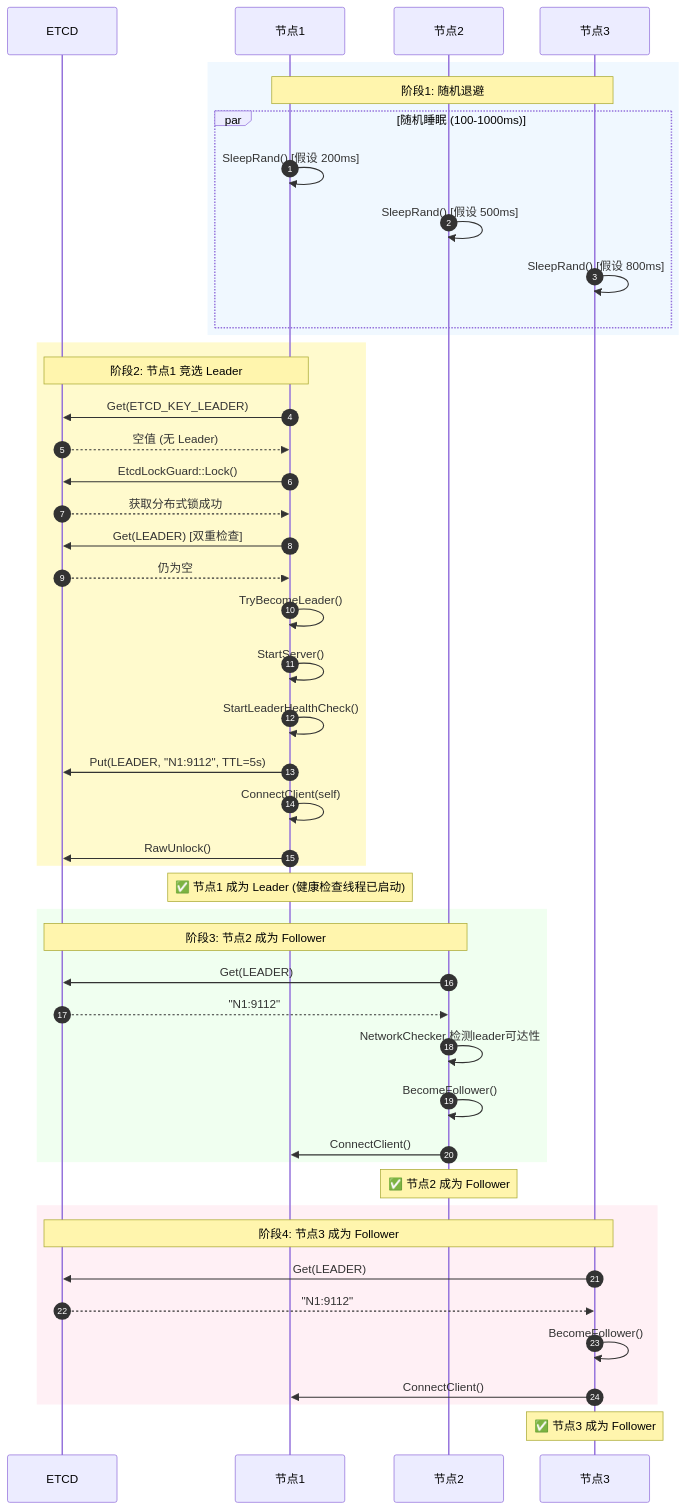
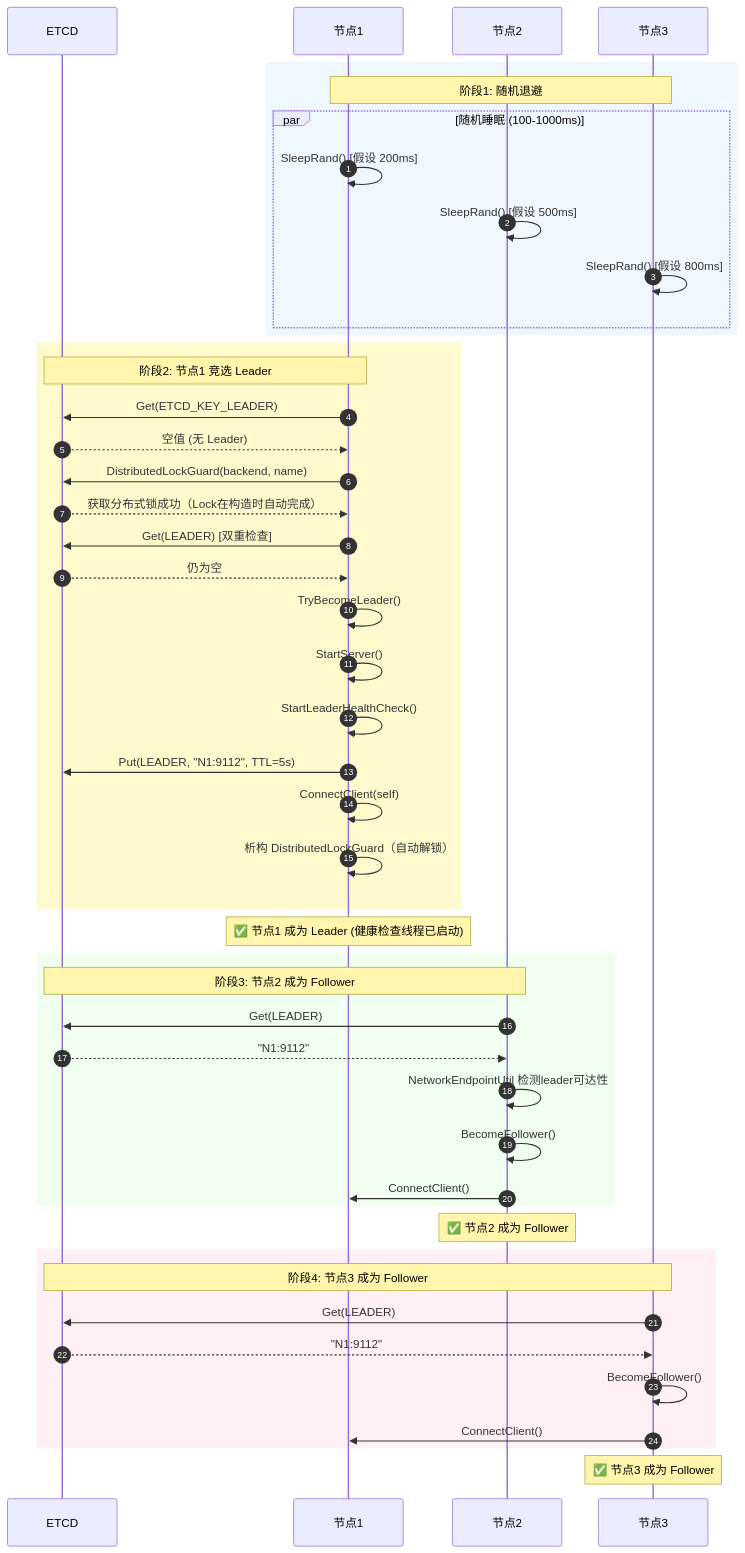
Before and after one commit to Ascend/memfabric_hybrid: the fifth of 9 diagrams in doc/config_store_cluster_ha.md, drawn with Mermaid. The commit also changed other lines of this file and 25 other files, not shown here.

````diff
--- a/doc/config_store_cluster_ha.md
+++ b/doc/config_store_cluster_ha.md
@@ -195,53 +195,53 @@
 ```mermaid
 sequenceDiagram
 autonumber
 participant ETCD as ETCD
 participant N1 as 节点1
 participant N2 as 节点2
 participant N3 as 节点3
 
 rect rgb(240, 248, 255)
 Note over N1,N3: 阶段1: 随机退避
 par 随机睡眠 (100-1000ms)
 N1->>N1: SleepRand() [假设 200ms]
 N2->>N2: SleepRand() [假设 500ms]
 N3->>N3: SleepRand() [假设 800ms]
 end
 end
 
 rect rgb(255, 250, 205)
 Note over N1,ETCD: 阶段2: 节点1 竞选 Leader
 N1->>ETCD: Get(ETCD_KEY_LEADER)
 ETCD-->>N1: 空值 (无 Leader)
-N1->>ETCD: EtcdLockGuard::Lock()
-ETCD-->>N1: 获取分布式锁成功
+N1->>ETCD: DistributedLockGuard(backend, name)
+ETCD-->>N1: 获取分布式锁成功（Lock在构造时自动完成）
 N1->>ETCD: Get(LEADER) [双重检查]
 ETCD-->>N1: 仍为空
 N1->>N1: TryBecomeLeader()
 N1->>N1: StartServer()
 N1->>N1: StartLeaderHealthCheck()
 N1->>ETCD: Put(LEADER, "N1:9112", TTL=5s)
 N1->>N1: ConnectClient(self)
-N1->>ETCD: RawUnlock()
+N1->>N1: 析构 DistributedLockGuard（自动解锁）
 end
 Note over N1: ✅ 节点1 成为 Leader (健康检查线程已启动)
 
 rect rgb(240, 255, 240)
 Note over N2,ETCD: 阶段3: 节点2 成为 Follower
 N2->>ETCD: Get(LEADER)
 ETCD-->>N2: "N1:9112"
-N2->>N2: NetworkChecker 检测leader可达性
+N2->>N2: NetworkEndpointUtil 检测leader可达性
 N2->>N2: BecomeFollower()
 N2->>N1: ConnectClient()
 end
 Note over N2: ✅ 节点2 成为 Follower
 
 rect rgb(255, 240, 245)
 Note over N3,ETCD: 阶段4: 节点3 成为 Follower
 N3->>ETCD: Get(LEADER)
 ETCD-->>N3: "N1:9112"
 N3->>N3: BecomeFollower()
 N3->>N1: ConnectClient()
 end
 Note over N3: ✅ 节点3 成为 Follower
 ```
````
